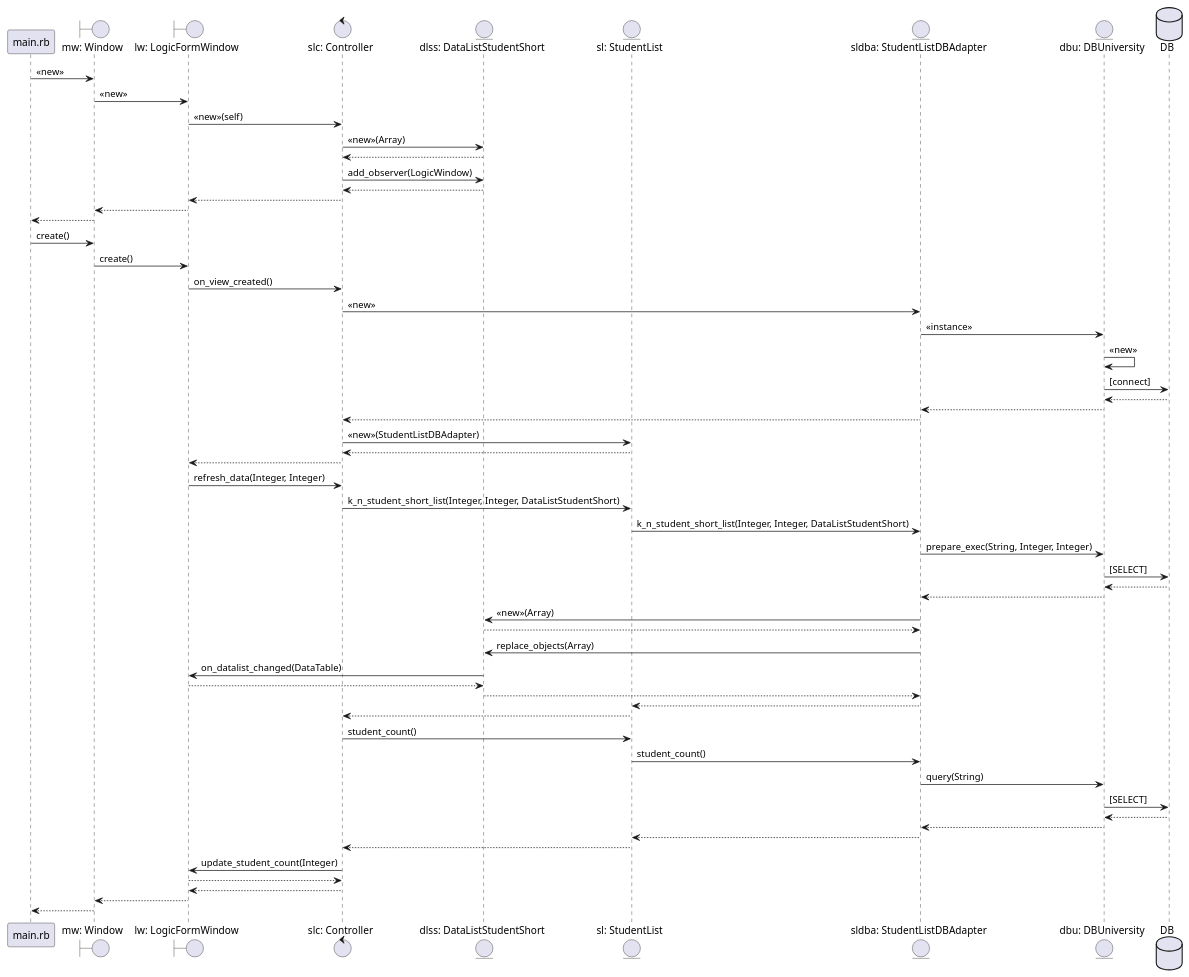
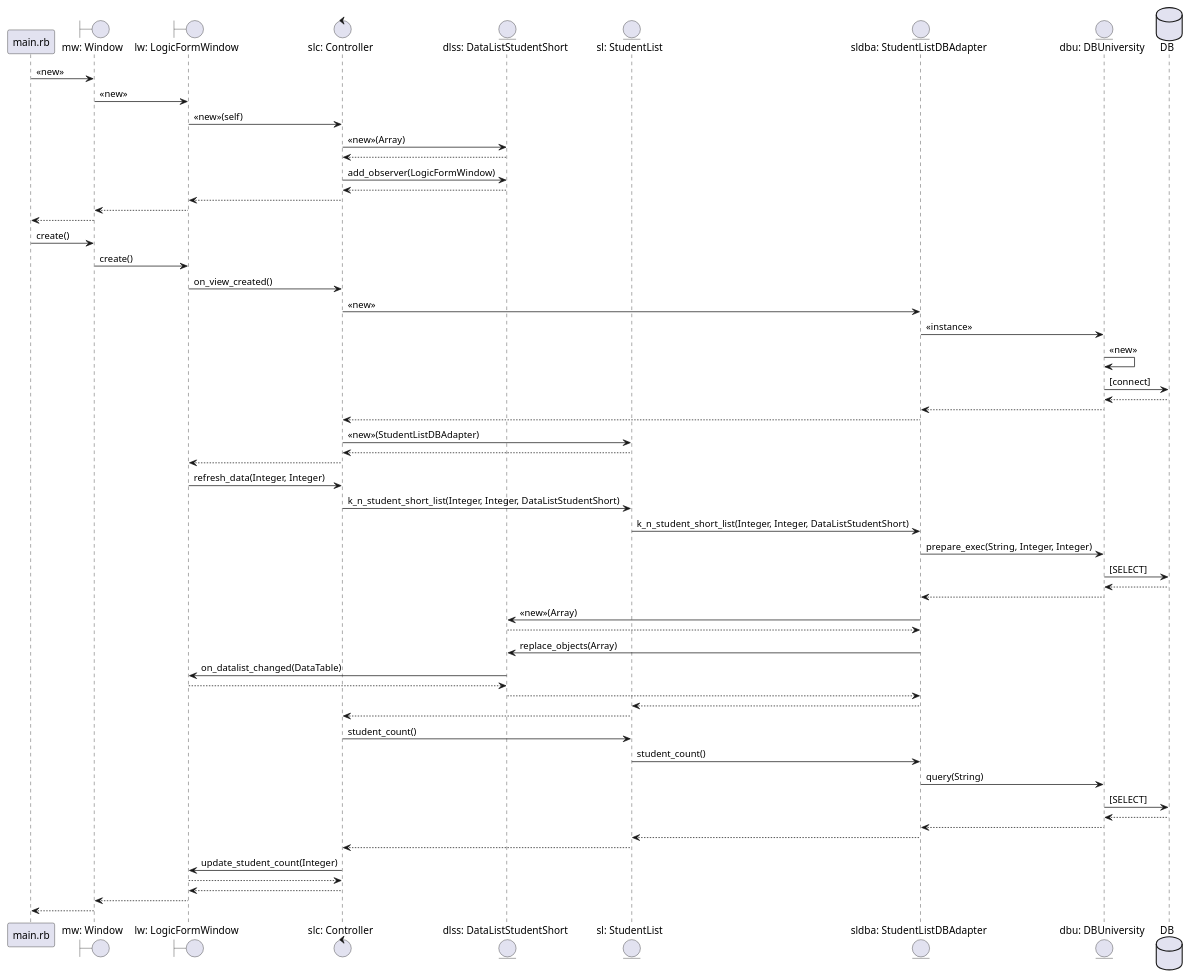
One commit to yellowcat-dotcom/Ruby changed the diagram in Lab_2/Diagrams/create.puml. Above: the diagram before and after it, drawn with PlantUML. The commit also changed 1 other file, not shown here.

```diff
--- a/Lab_2/Diagrams/create.puml
+++ b/Lab_2/Diagrams/create.puml
@@ -1,68 +1,68 @@
 @startuml
  participant "main.rb"                       as main
 
  boundary    "mw: Window"                as mw
  boundary    "lw: LogicFormWindow"               as lw
  control     "slc: Controller"    as slc
  entity      "dlss: DataListStudentShort"    as dlss
  entity      "sl: StudentList"       as sl
  entity      "sldba: StudentListDBAdapter"         as sldba
  entity      "dbu: DBUniversity"            as dbu
 
  database    DB                              as db
 
  main -> mw : <<new>>
  mw -> lw : <<new>>
  lw -> slc : <<new>>(self)
  slc -> dlss : <<new>>(Array)
  dlss --> slc
- slc -> dlss : add_observer(LogicWindow)
+ slc -> dlss : add_observer(LogicFormWindow)
  dlss --> slc
  slc --> lw
  lw --> mw
  mw --> main
 
  main -> mw : create()
  mw -> lw : create()
  lw -> slc : on_view_created()
  slc -> sldba : <<new>>
  sldba -> dbu : <<instance>>
  dbu -> dbu : <<new>>
  dbu -> db : [connect]
  db --> dbu
  dbu --> sldba
  sldba --> slc
  slc -> sl : <<new>>(StudentListDBAdapter)
  sl --> slc
  slc --> lw
 
  lw -> slc : refresh_data(Integer, Integer)
  slc -> sl : k_n_student_short_list(Integer, Integer, DataListStudentShort)
  sl -> sldba : k_n_student_short_list(Integer, Integer, DataListStudentShort)
  sldba -> dbu : prepare_exec(String, Integer, Integer)
  dbu -> db : [SELECT]
  db --> dbu
  dbu --> sldba
  sldba -> dlss : <<new>>(Array)
  dlss --> sldba
  sldba -> dlss : replace_objects(Array)
  dlss -> lw : on_datalist_changed(DataTable)
  lw --> dlss
  dlss --> sldba
  sldba --> sl
  sl --> slc
 
  slc -> sl : student_count()
  sl -> sldba : student_count()
  sldba -> dbu: query(String)
  dbu -> db : [SELECT]
  db --> dbu
  dbu --> sldba
  sldba --> sl
  sl --> slc
  slc -> lw : update_student_count(Integer)
  lw --> slc
  slc --> lw
  lw --> mw
  mw --> main
  @enduml
```
